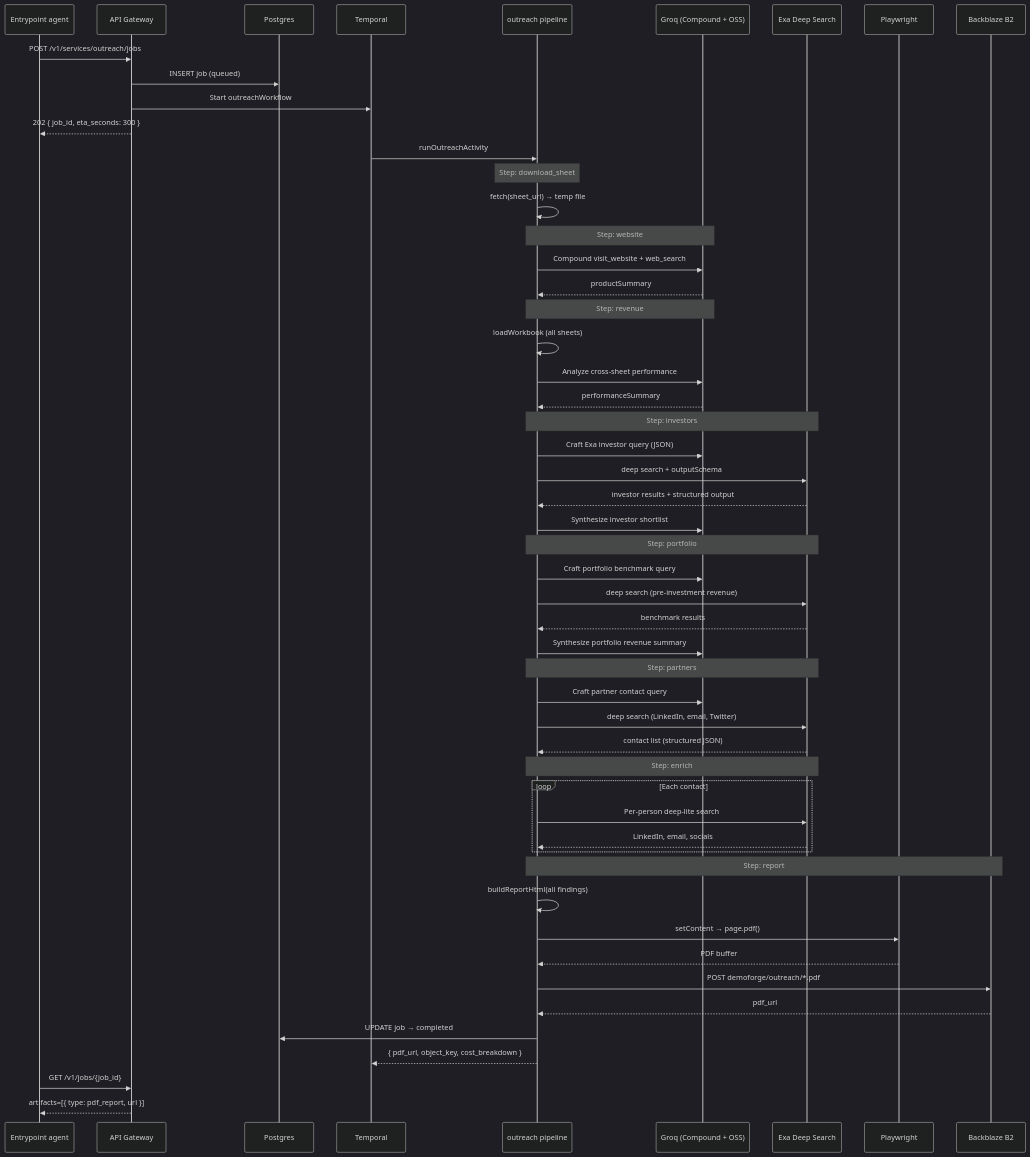
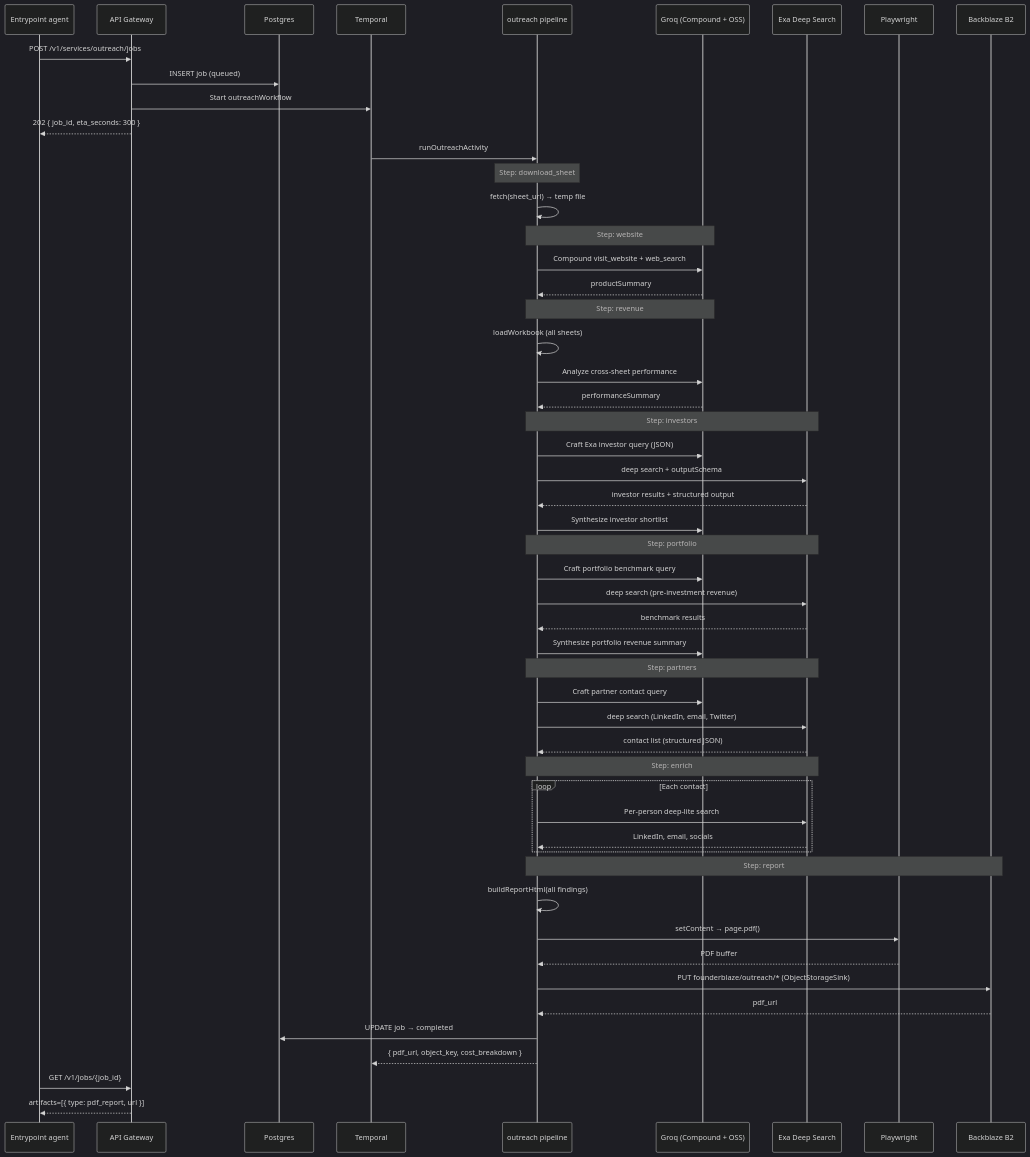
Before and after one commit to Marshal-AM/founderblaze: the ninth of 14 diagrams in README.md, drawn with Mermaid (dark theme). The commit also changed other lines of this file, not shown here.

````diff
--- a/README.md
+++ b/README.md
@@ -2107,68 +2076,68 @@
 ```mermaid
 sequenceDiagram
     participant Agent as Calling Agent
     participant GW as API Gateway
     participant Agent as Entrypoint agent
     participant DB as Postgres
     participant T as Temporal
     participant OR as outreach pipeline
     participant Groq as Groq (Compound + OSS)
     participant Exa as Exa Deep Search
     participant PW as Playwright
     participant SB as Backblaze B2
 
     Agent->>GW: POST /v1/services/outreach/jobs
         GW->>DB: INSERT job (queued)
     GW->>T: Start outreachWorkflow
     GW-->>Agent: 202 { job_id, eta_seconds: 300 }
 
     T->>OR: runOutreachActivity
 
     Note over OR: Step: download_sheet
     OR->>OR: fetch(sheet_url) → temp file
 
     Note over OR,Groq: Step: website
     OR->>Groq: Compound visit_website + web_search
     Groq-->>OR: productSummary
 
     Note over OR,Groq: Step: revenue
     OR->>OR: loadWorkbook (all sheets)
     OR->>Groq: Analyze cross-sheet performance
     Groq-->>OR: performanceSummary
 
     Note over OR,Exa: Step: investors
     OR->>Groq: Craft Exa investor query (JSON)
     OR->>Exa: deep search + outputSchema
     Exa-->>OR: investor results + structured output
     OR->>Groq: Synthesize investor shortlist
 
     Note over OR,Exa: Step: portfolio
     OR->>Groq: Craft portfolio benchmark query
     OR->>Exa: deep search (pre-investment revenue)
     Exa-->>OR: benchmark results
     OR->>Groq: Synthesize portfolio revenue summary
 
     Note over OR,Exa: Step: partners
     OR->>Groq: Craft partner contact query
     OR->>Exa: deep search (LinkedIn, email, Twitter)
     Exa-->>OR: contact list (structured JSON)
 
     Note over OR,Exa: Step: enrich
     loop Each contact
         OR->>Exa: Per-person deep-lite search
         Exa-->>OR: LinkedIn, email, socials
     end
 
     Note over OR,SB: Step: report
     OR->>OR: buildReportHtml(all findings)
     OR->>PW: setContent → page.pdf()
     PW-->>OR: PDF buffer
-    OR->>SB: POST demoforge/outreach/*.pdf
+    OR->>SB: PUT founderblaze/outreach/* (ObjectStorageSink)
     SB-->>OR: pdf_url
 
     OR->>DB: UPDATE job → completed
     OR-->>T: { pdf_url, object_key, cost_breakdown }
 
     Agent->>GW: GET /v1/jobs/{job_id}
     GW-->>Agent: artifacts=[{ type: pdf_report, url }]
 ```
````
